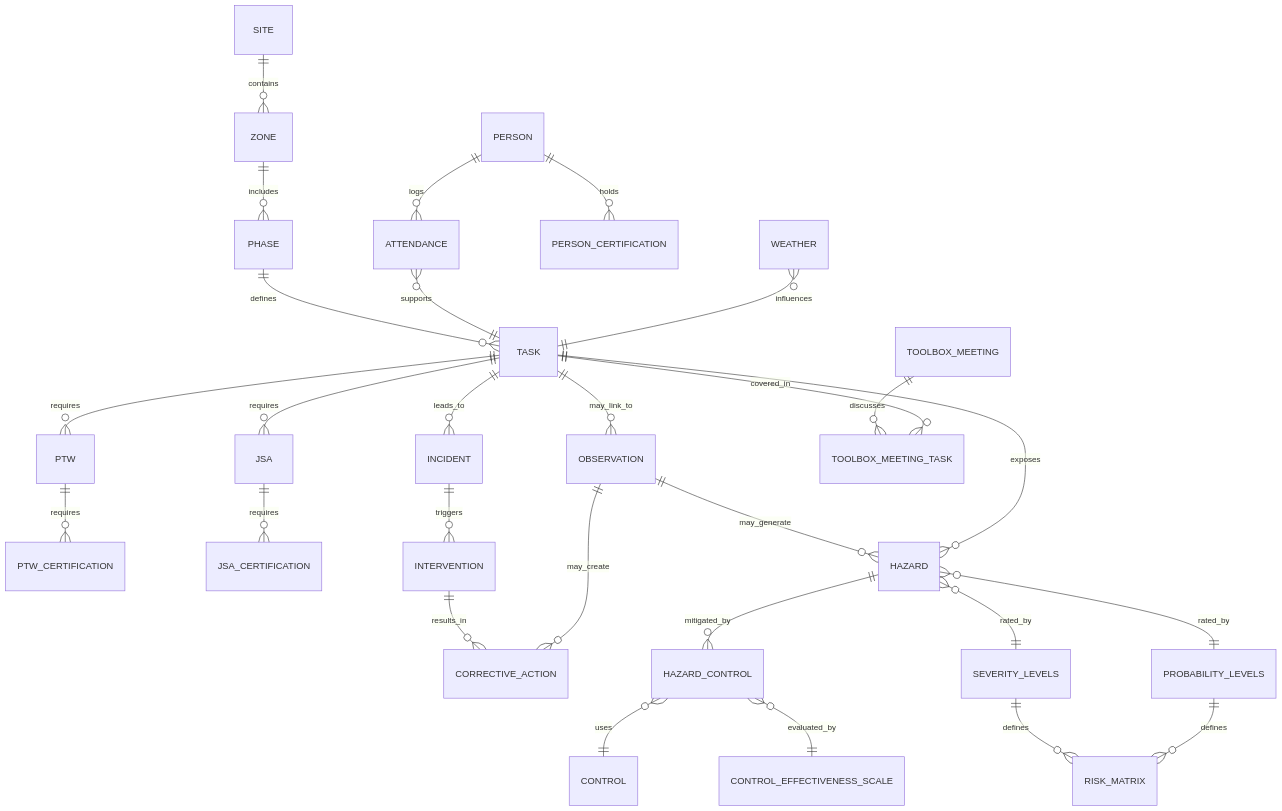
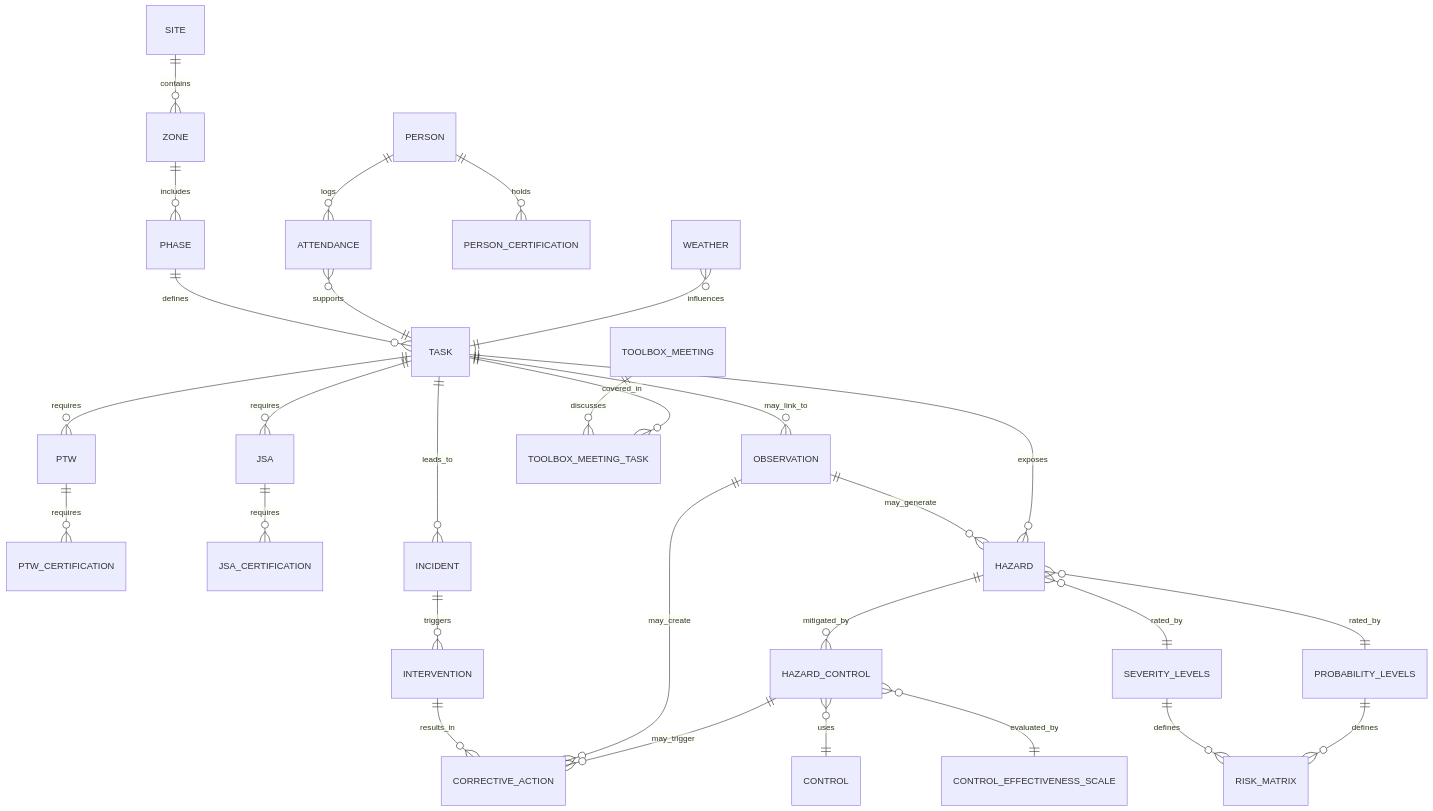
The diagram in README.md (Euchie23/HSEQ_Risk_Intel), drawn with Mermaid before and after one commit.

````diff
--- a/README.md
+++ b/README.md
@@ -58,41 +58,42 @@
 ```mermaid
 erDiagram
     SITE ||--o{ ZONE : contains
     ZONE ||--o{ PHASE : includes
     PHASE ||--o{ TASK : defines
 
     PERSON ||--o{ ATTENDANCE : logs
     ATTENDANCE }o--|| TASK : supports
 
     TASK ||--o{ PTW : requires
     TASK ||--o{ JSA : requires
 
     PERSON ||--o{ PERSON_CERTIFICATION : holds
     PTW ||--o{ PTW_CERTIFICATION : requires
     JSA ||--o{ JSA_CERTIFICATION : requires
 
     TASK ||--o{ INCIDENT : leads_to
     INCIDENT ||--o{ INTERVENTION : triggers
     INTERVENTION ||--o{ CORRECTIVE_ACTION : results_in
 
     TASK ||--o{ OBSERVATION  : may_link_to
     OBSERVATION ||--o{ HAZARD : may_generate
     OBSERVATION ||--o{ CORRECTIVE_ACTION : may_create
 
     TASK ||--o{ HAZARD : exposes
     HAZARD ||--o{ HAZARD_CONTROL : mitigated_by
     HAZARD_CONTROL }o--|| CONTROL : uses
 
     HAZARD }o--|| SEVERITY_LEVELS : rated_by
     HAZARD }o--|| PROBABILITY_LEVELS : rated_by
     SEVERITY_LEVELS ||--o{ RISK_MATRIX : defines
     PROBABILITY_LEVELS ||--o{ RISK_MATRIX : defines
 
     HAZARD_CONTROL }o--|| CONTROL_EFFECTIVENESS_SCALE : evaluated_by
+    HAZARD_CONTROL ||--o{ CORRECTIVE_ACTION : may_trigger
 
     WEATHER }o--|| TASK : influences
 
     TOOLBOX_MEETING ||--o{ TOOLBOX_MEETING_TASK : discusses
     TASK ||--o{ TOOLBOX_MEETING_TASK : covered_in
 
 ```
````
